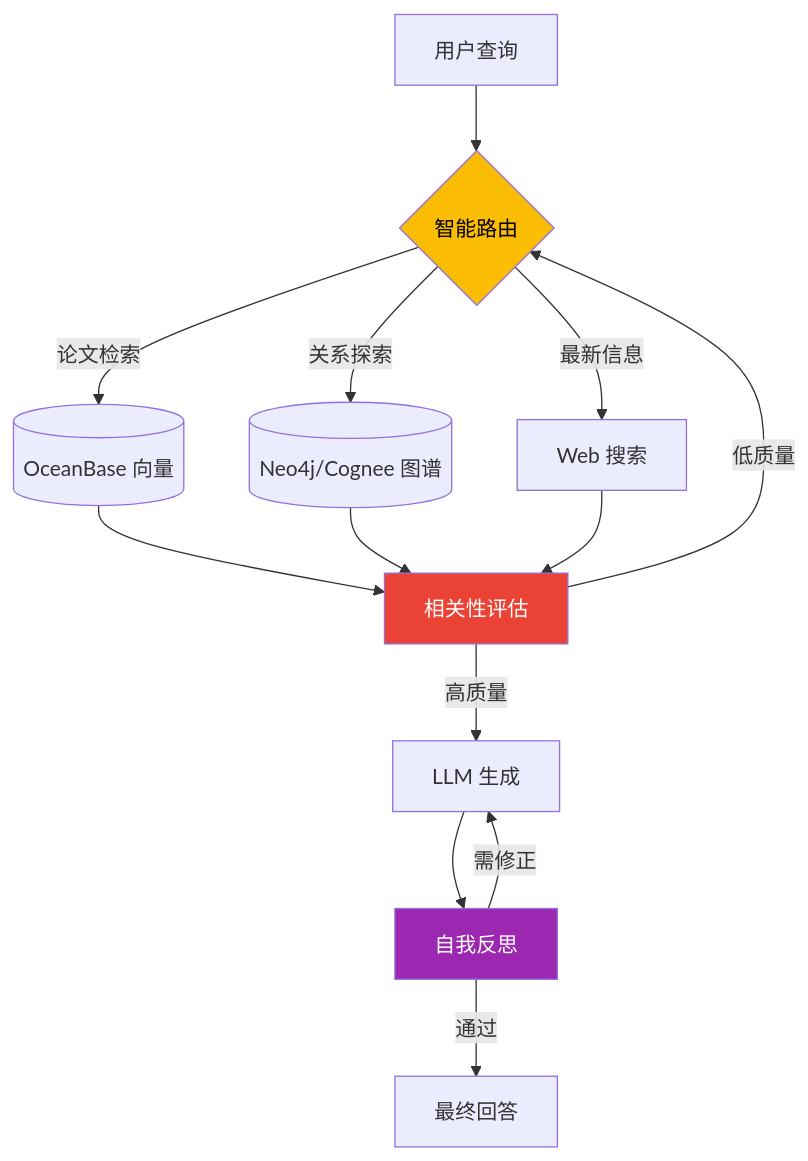
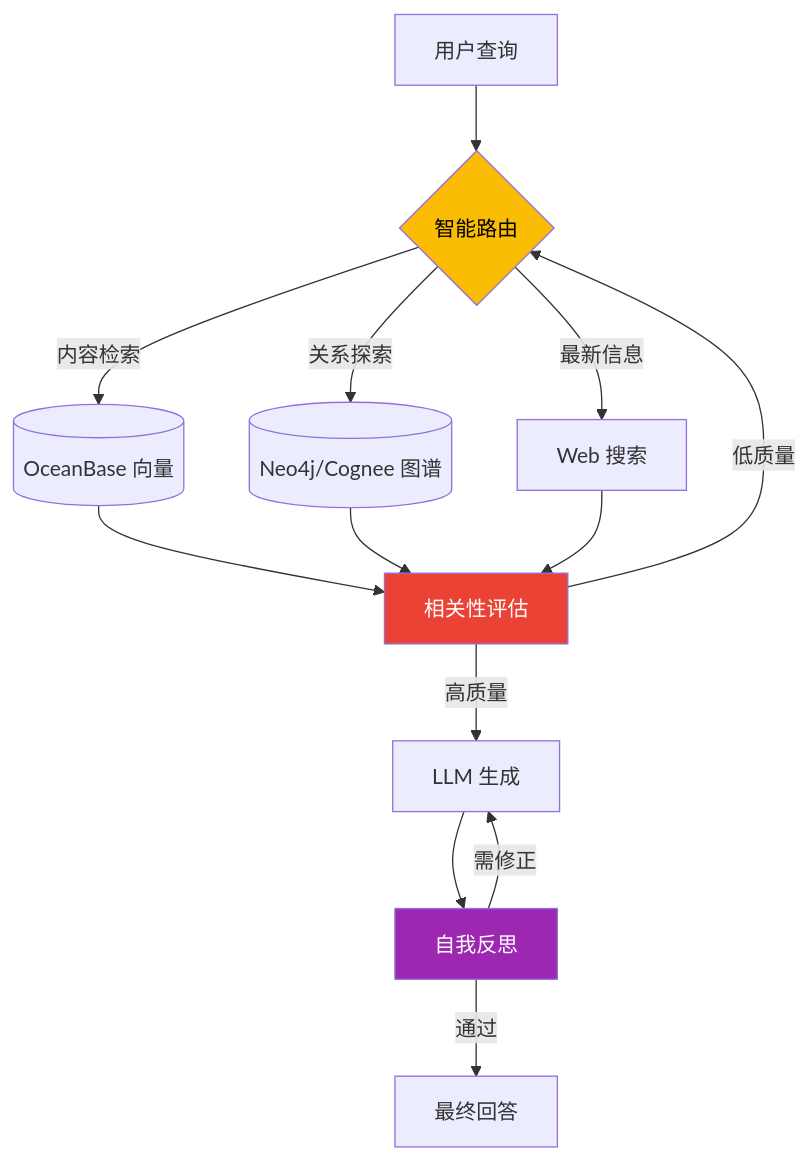
Before and after one commit to ThreeFish-AI/agentic-ai-cognizes: diagram 12 of 14 in docs/000-prd-architecture.md, drawn with Mermaid. The commit also changed other lines of this file and 1 other file, not shown here.

First line of the commit message:
docs(Architecture): 统一文档路径引用，优化术语一致性;

````diff
--- a/docs/000-prd-architecture.md
+++ b/docs/000-prd-architecture.md
@@ -541,20 +541,20 @@
 ```mermaid
 flowchart TB
     Q[用户查询] --> Router{智能路由}
 
-    Router --> |论文检索| OB[(OceanBase 向量)]
+    Router --> |内容检索| OB[(OceanBase 向量)]
     Router --> |关系探索| Neo[(Neo4j/Cognee 图谱)]
     Router --> |最新信息| Web[Web 搜索]
 
     OB & Neo & Web --> Grader[相关性评估]
     Grader --> |低质量| Router
     Grader --> |高质量| Generator[LLM 生成]
 
     Generator --> Reflector[自我反思]
     Reflector --> |需修正| Generator
     Reflector --> |通过| Response[最终回答]
 
     style Router fill:#fbbc04,color:#000
     style Grader fill:#ea4335,color:#fff
     style Reflector fill:#9c27b0,color:#fff
 ```
````
